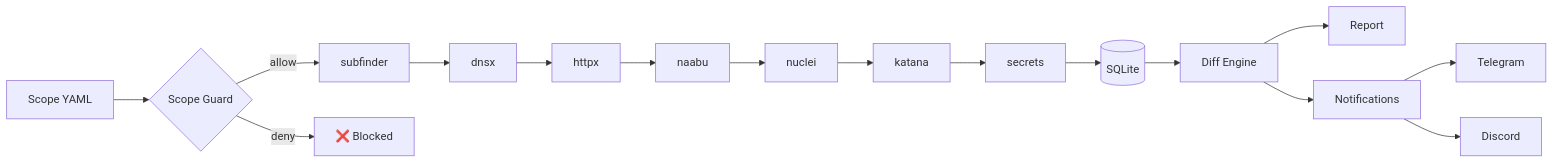
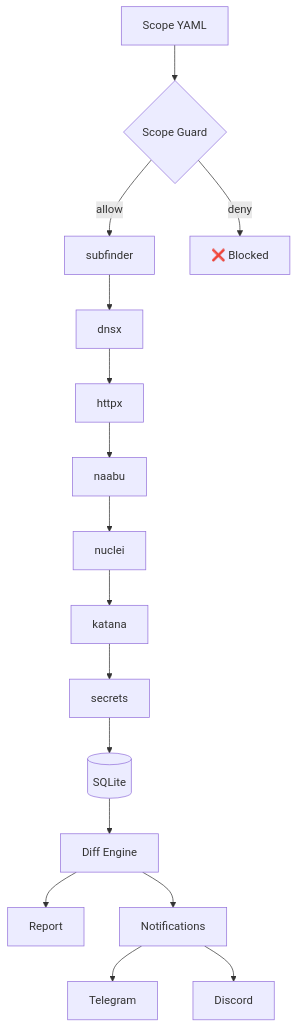
One commit to bess1lie/bounthunt changed the diagram in README.md. Above: the diagram before and after it, drawn with Mermaid. The commit also changed other lines of this file, not shown here.

Commit message:
feat: professional README with badges, demo, and architecture

````diff
--- a/README.md
+++ b/README.md
@@ -49,18 +77,18 @@
 ```mermaid
-flowchart LR
+graph TD
     S[Scope YAML] --> G{Scope Guard}
     G -->|allow| SF[subfinder]
     SF --> DX[dnsx]
     DX --> HX[httpx]
     HX --> NB[naabu]
     NB --> NC[nuclei]
     NC --> KT[katana]
     KT --> SC[secrets]
     SC --> DB[(SQLite)]
     DB --> DIFF[Diff Engine]
     DIFF --> RPT[Report]
     DIFF --> NOT[Notifications]
     NOT --> TG[Telegram]
     NOT --> DC[Discord]
     G -->|deny| X[❌ Blocked]
 ```
````
